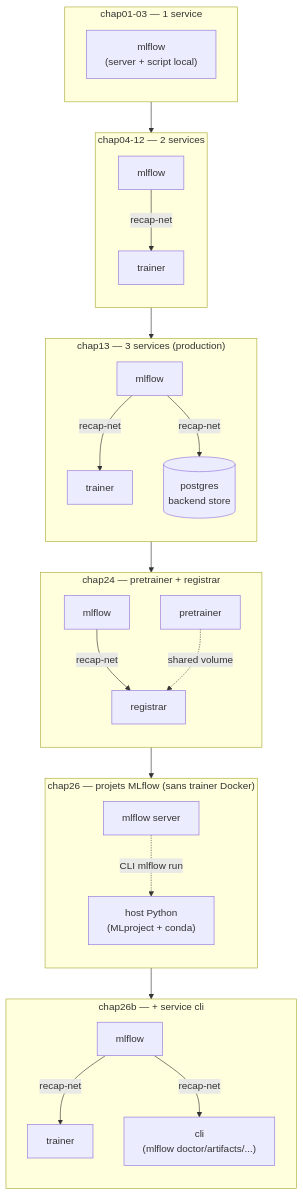
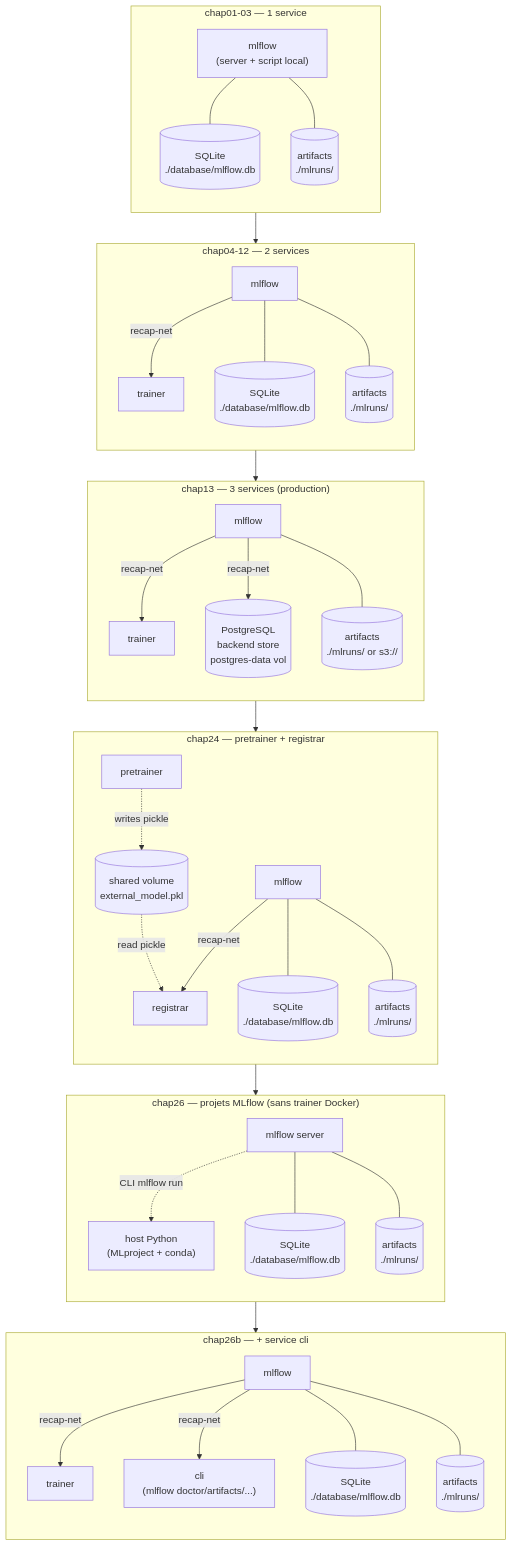
The second of 13 diagrams in EVOLUTION-CHAP01-CHAP26B.md (inskillflow/complete-mlops-pipeline-fastapi-streamlit-docker-en), drawn with Mermaid before and after one commit.

Commit message:
chore: update files 2026-05-11 23:42:59

````diff
--- a/EVOLUTION-CHAP01-CHAP26B.md
+++ b/EVOLUTION-CHAP01-CHAP26B.md
@@ -73,54 +73,78 @@
 ```mermaid
 flowchart TB
     subgraph A["chap01-03 — 1 service"]
         direction TB
         A1["mlflow<br/>(server + script local)"]
+        A_db[("SQLite<br/>./database/mlflow.db")]
+        A_art[("artifacts<br/>./mlruns/")]
+        A1 --- A_db
+        A1 --- A_art
     end
 
     subgraph B["chap04-12 — 2 services"]
         direction TB
         B1[mlflow]
         B2[trainer]
+        B_db[("SQLite<br/>./database/mlflow.db")]
+        B_art[("artifacts<br/>./mlruns/")]
         B1 -- recap-net --> B2
+        B1 --- B_db
+        B1 --- B_art
     end
 
     subgraph C["chap13 — 3 services (production)"]
         direction TB
         C1[mlflow]
         C2[trainer]
-        C3[(postgres<br/>backend store)]
+        C3[("PostgreSQL<br/>backend store<br/>postgres-data vol")]
+        C_art[("artifacts<br/>./mlruns/ or s3://")]
         C1 -- recap-net --> C2
         C1 -- recap-net --> C3
+        C1 --- C_art
     end
 
     subgraph D["chap24 — pretrainer + registrar"]
         direction TB
         D1[mlflow]
         D2[pretrainer]
         D3[registrar]
+        D_db[("SQLite<br/>./database/mlflow.db")]
+        D_art[("artifacts<br/>./mlruns/")]
+        D_shared[("shared volume<br/>external_model.pkl")]
         D1 -- recap-net --> D3
-        D2 -. shared volume .-> D3
+        D2 -. writes pickle .-> D_shared
+        D_shared -. read pickle .-> D3
+        D1 --- D_db
+        D1 --- D_art
     end
 
     subgraph E["chap26 — projets MLflow (sans trainer Docker)"]
         direction TB
         E1[mlflow server]
         E2["host Python<br/>(MLproject + conda)"]
+        E_db[("SQLite<br/>./database/mlflow.db")]
+        E_art[("artifacts<br/>./mlruns/")]
         E1 -.->|CLI mlflow run| E2
+        E1 --- E_db
+        E1 --- E_art
     end
 
     subgraph F["chap26b — + service cli"]
         direction TB
         F1[mlflow]
         F2[trainer]
         F3["cli<br/>(mlflow doctor/artifacts/...)"]
+        F_db[("SQLite<br/>./database/mlflow.db")]
+        F_art[("artifacts<br/>./mlruns/")]
         F1 -- recap-net --> F2
         F1 -- recap-net --> F3
+        F1 --- F_db
+        F1 --- F_art
     end
 
     A --> B
     B --> C
     C --> D
     D --> E
     E --> F
 ```
````
